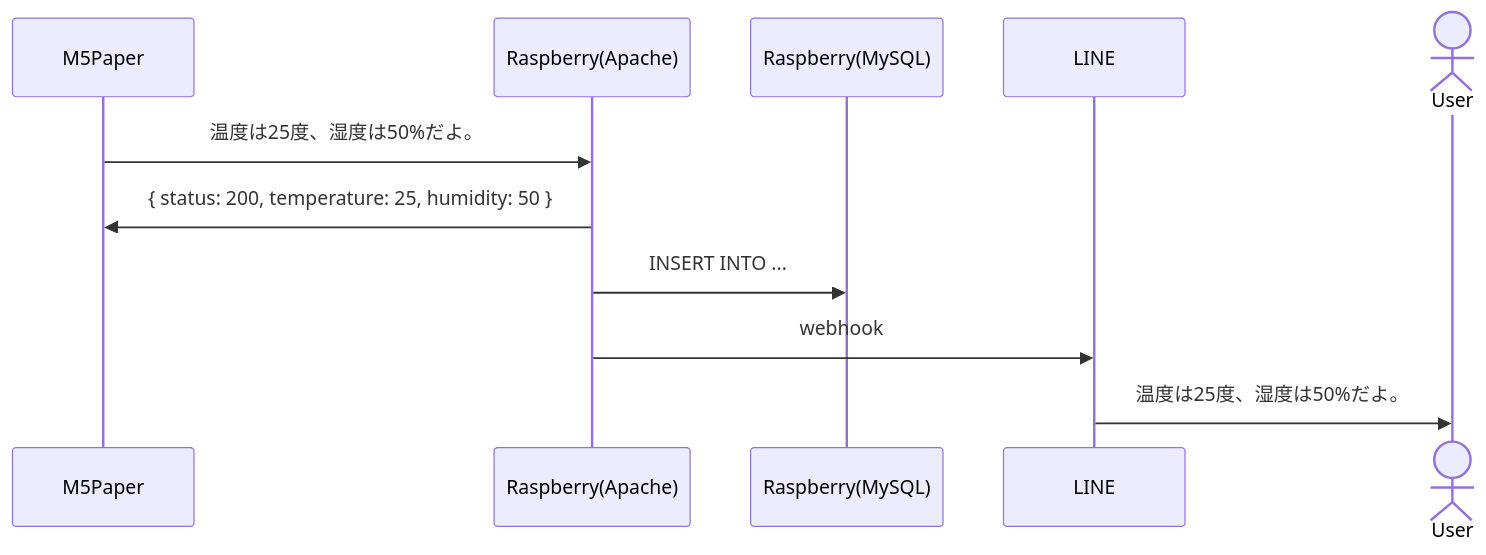
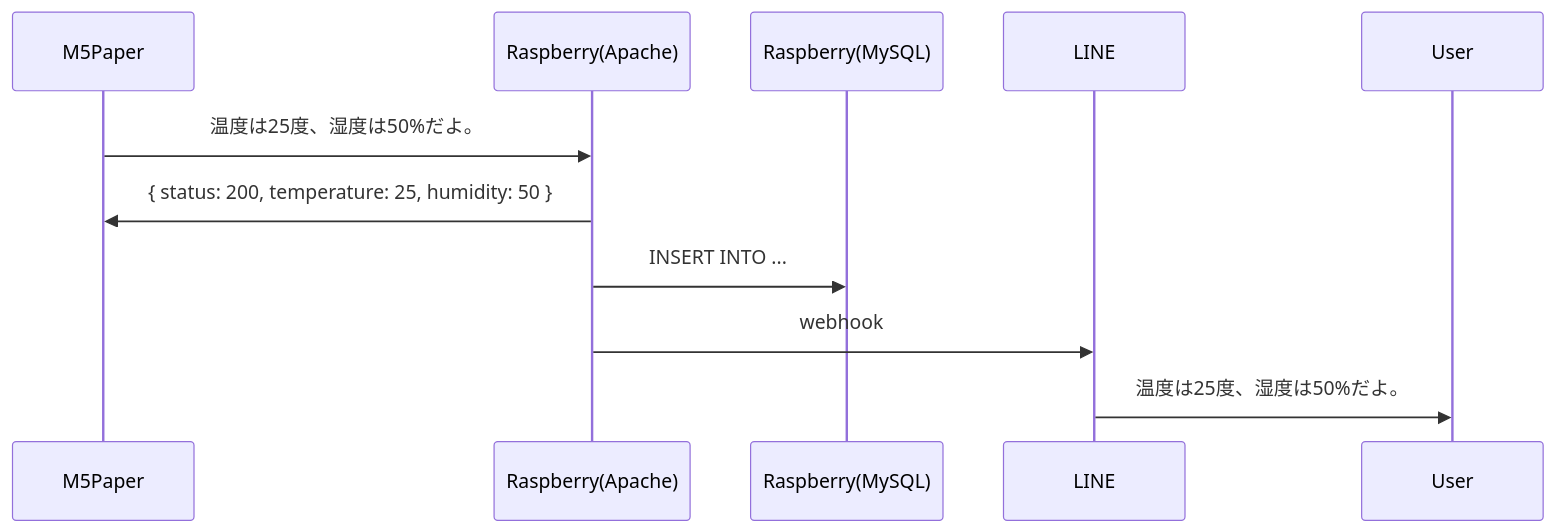
One commit to FukeKazki/boilerplate changed the diagram in source/20220613.md. Above: the diagram before and after it, drawn with Mermaid.

````diff
--- a/source/20220613.md
+++ b/source/20220613.md
@@ -9,13 +9,13 @@
 ```mermaid,autorun
 sequenceDiagram
   participant M5 as M5Paper
   participant R as Raspberry(Apache)
   participant RD as Raspberry(MySQL)
   participant LINE
-  actor User
+  participant User
   M5->>R: 温度は25度、湿度は50%だよ。
   R->>M5: { status: 200, temperature: 25, humidity: 50 }
   R->>RD: INSERT INTO ...
   R->>LINE: webhook
   LINE->>User: 温度は25度、湿度は50%だよ。
 ```
````
